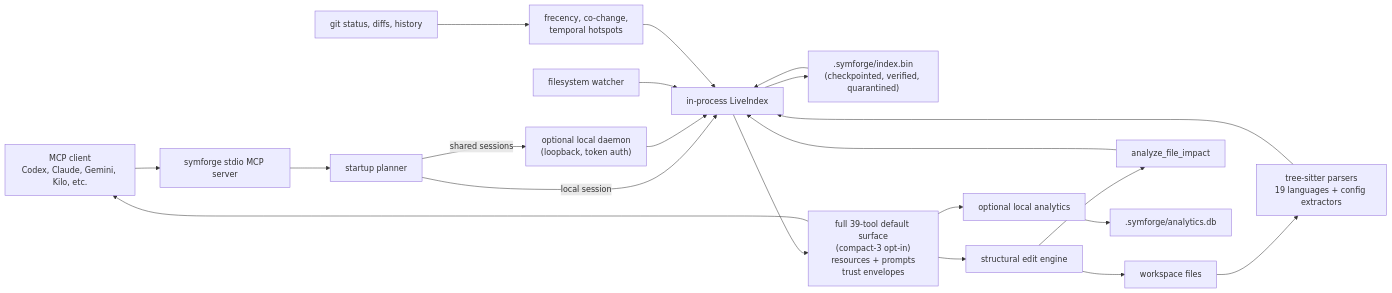
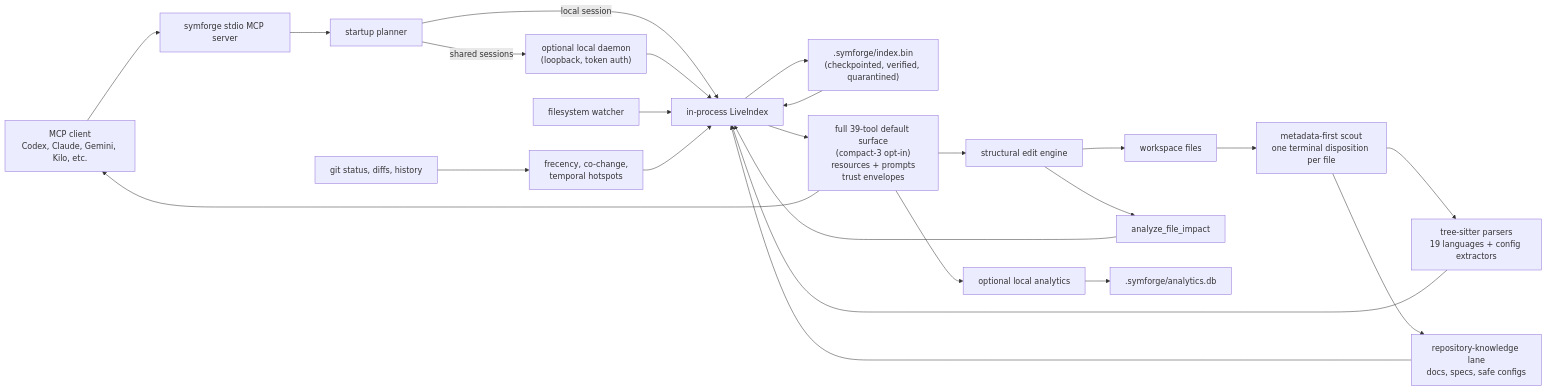
One commit to special-place-ai-heaven/symforge changed the first of 2 diagrams in README.md. Above: the diagram before and after it, drawn with Mermaid. The commit also changed other lines of this file, not shown here.

First line of the commit message:
docs(readme): document Repository Knowledge Index feature

````diff
--- a/README.md
+++ b/README.md
@@ -130,29 +137,32 @@
 ```mermaid
 flowchart LR
     Client["MCP client<br/>Codex, Claude, Gemini, Kilo, etc."] --> Server["symforge stdio MCP server"]
 
     Server --> Startup["startup planner"]
     Startup -->|local session| Local["in-process LiveIndex"]
     Startup -->|shared sessions| Daemon["optional local daemon<br/>(loopback, token auth)"]
     Daemon --> Local
 
-    Workspace["workspace files"] --> Parser["tree-sitter parsers<br/>19 languages + config extractors"]
+    Workspace["workspace files"] --> Scout["metadata-first scout<br/>one terminal disposition per file"]
+    Scout --> Parser["tree-sitter parsers<br/>19 languages + config extractors"]
+    Scout --> Knowledge["repository-knowledge lane<br/>docs, specs, safe configs"]
     Parser --> Local
+    Knowledge --> Local
     Watcher["filesystem watcher"] --> Local
     Git["git status, diffs, history"] --> Signals["frecency, co-change,<br/>temporal hotspots"]
     Signals --> Local
 
     Local --> Snapshot[".symforge/index.bin<br/>(checkpointed, verified, quarantined)"]
     Snapshot --> Local
 
     Local --> Tools["full 39-tool default surface<br/>(compact-3 opt-in)<br/>resources + prompts<br/>trust envelopes"]
     Tools --> Client
 
     Tools --> Edits["structural edit engine"]
     Edits --> Workspace
     Edits --> Impact["analyze_file_impact"]
     Impact --> Local
 
     Tools --> Analytics["optional local analytics"]
     Analytics --> AnalyticsDb[".symforge/analytics.db"]
 ```
````
